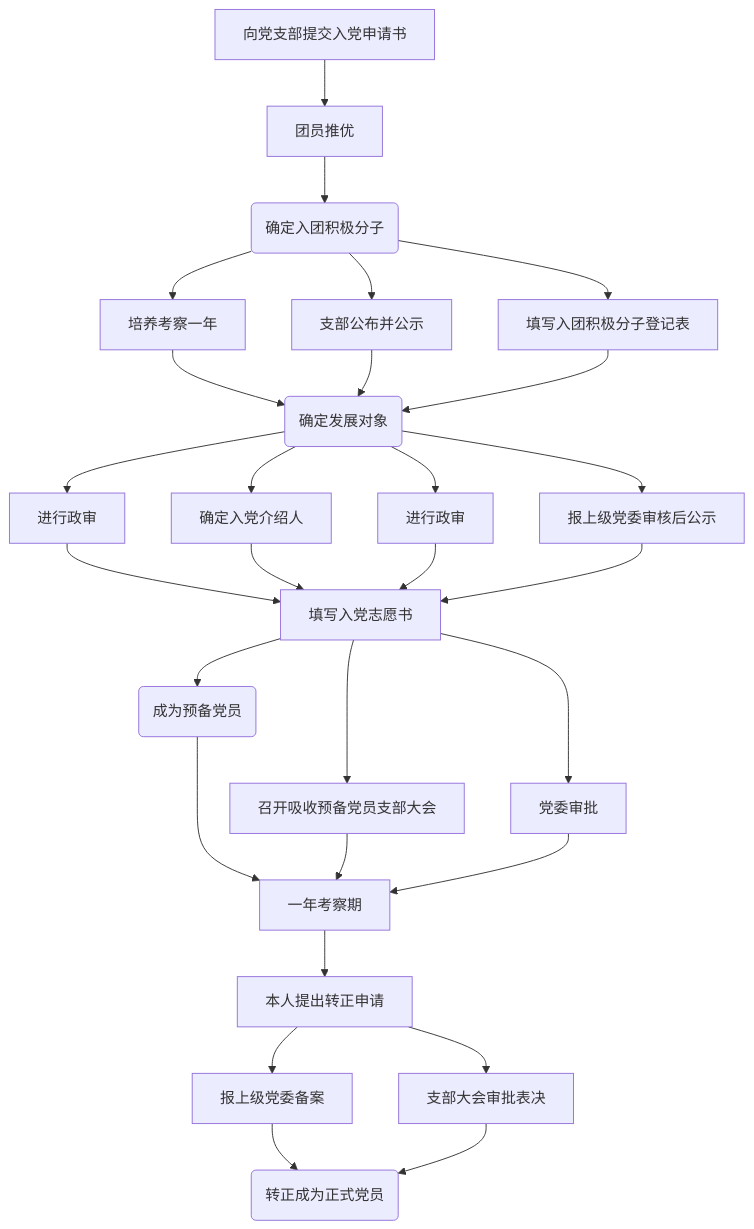
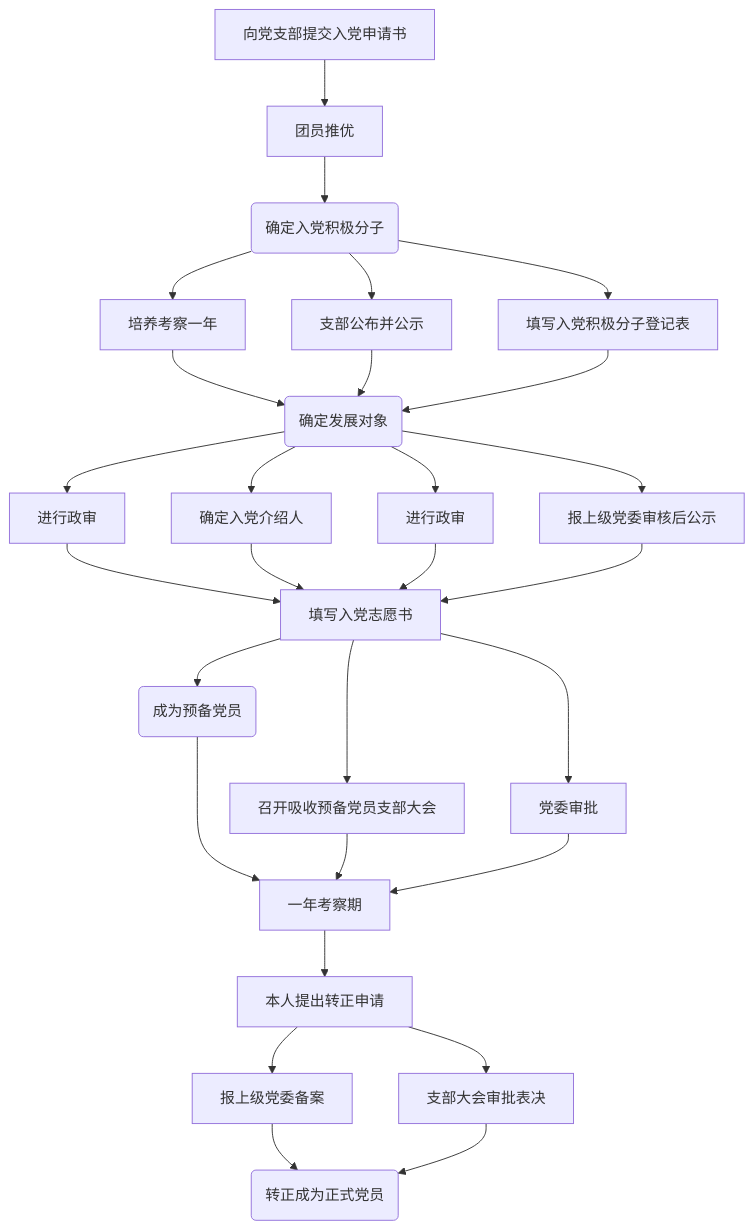
One commit to Survive-HFUT/survive-hfut.github.io changed the diagram in docs/study/CPC.md. Above: the diagram before and after it, drawn with Mermaid. The commit also changed other lines of this file and 6 other files, not shown here.

````diff
--- a/docs/study/CPC.md
+++ b/docs/study/CPC.md
@@ -5,32 +5,32 @@
 ```mermaid
 flowchart TD
   a["向党支部提交入党申请书"] --> b["团员推优"]
-  b-->c("确定入团积极分子")
+  b-->c("确定入党积极分子")
   c-->d["支部公布并公示"]
-  c-->e["填写入团积极分子登记表"]
+  c-->e["填写入党积极分子登记表"]
   c-->f["培养考察一年"]
   f-->g("确定发展对象")
   d-->g
   e-->g
   g-->h["进行政审"]
   g-->i["确定入党介绍人"]
   g-->j["进行政审"]
   g-->k["报上级党委审核后公示"]
   l["填写入党志愿书"]
   h-->l
   i-->l
   j-->l
   k-->l
   l-->m["召开吸收预备党员支部大会"]
   l-->n["党委审批"]
   l-->o("成为预备党员")
   o-->p["一年考察期"]
   m-->p
   n-->p
   p-->q["本人提出转正申请"]
   q-->r["支部大会审批表决"]
   q-->s["报上级党委备案"]
   t("转正成为正式党员")
   s-->t
   r-->t
 ```
````
